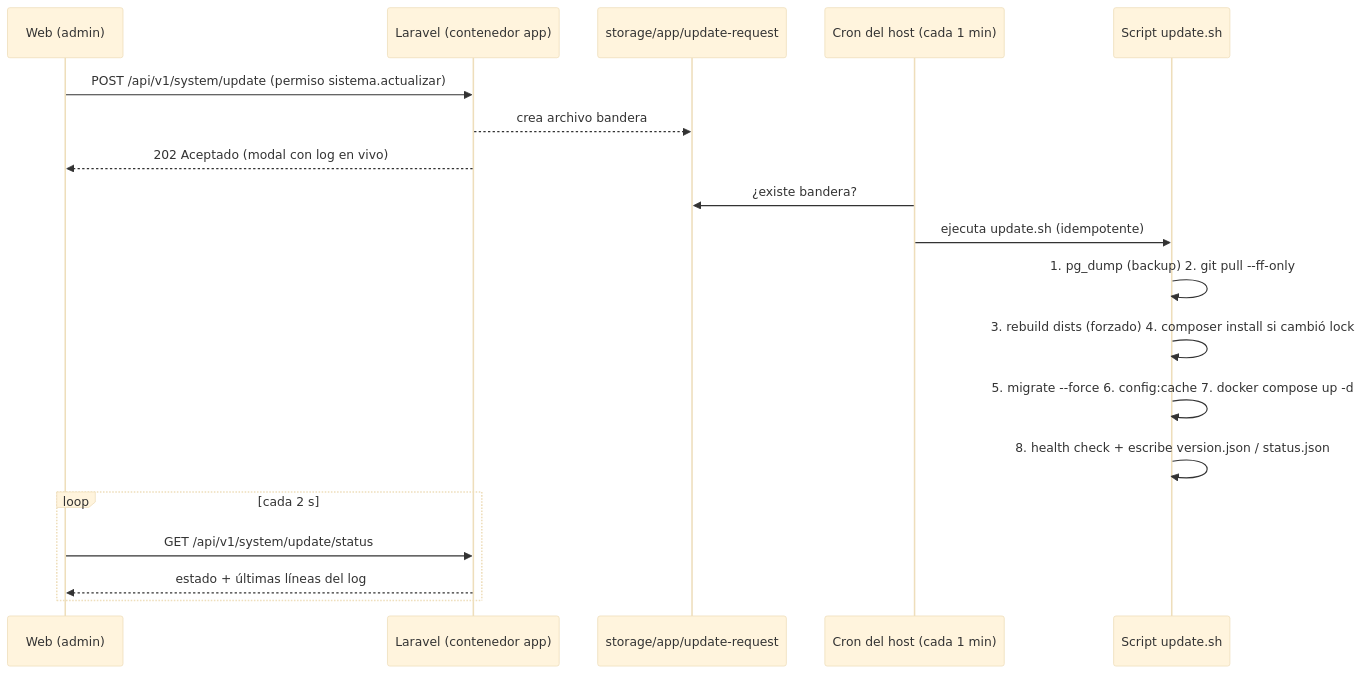
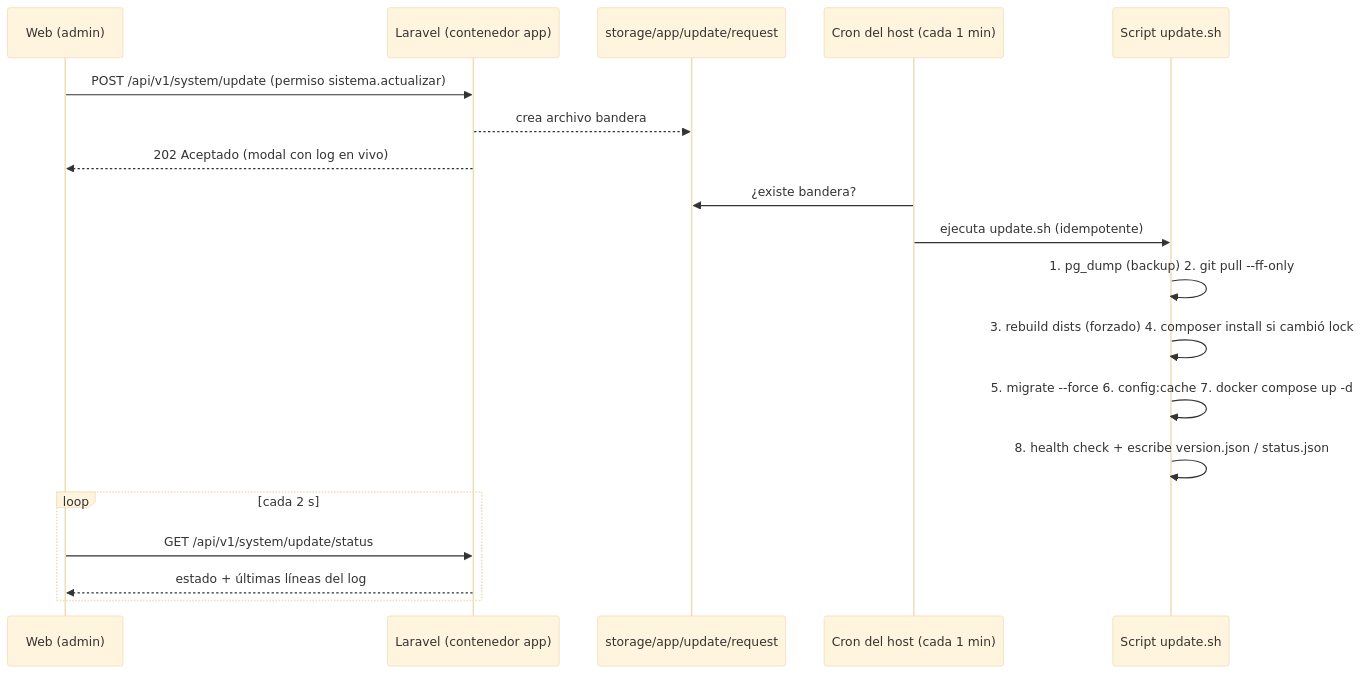
One commit to jcgabourelai-svg/redprint-app changed the diagram in ideas/despliegue-vps.md. Above: the diagram before and after it, drawn with Mermaid (base theme). The commit also changed other lines of this file and 6 other files, not shown here.

````diff
--- a/ideas/despliegue-vps.md
+++ b/ideas/despliegue-vps.md
@@ -84,22 +90,22 @@
 ```mermaid
 sequenceDiagram
     participant UI as Web (admin)
     participant API as Laravel (contenedor app)
-    participant Flag as storage/app/update-request
+    participant Flag as storage/app/update/request
     participant Cron as Cron del host (cada 1 min)
     participant S as Script update.sh
 
     UI->>API: POST /api/v1/system/update (permiso sistema.actualizar)
     API-->>Flag: crea archivo bandera
     API-->>UI: 202 Aceptado (modal con log en vivo)
     Cron->>Flag: ¿existe bandera?
     Cron->>S: ejecuta update.sh (idempotente)
     S->>S: 1. pg_dump (backup) 2. git pull --ff-only
     S->>S: 3. rebuild dists (forzado) 4. composer install si cambió lock
     S->>S: 5. migrate --force 6. config:cache 7. docker compose up -d
     S->>S: 8. health check + escribe version.json / status.json
     loop cada 2 s
         UI->>API: GET /api/v1/system/update/status
         API-->>UI: estado + últimas líneas del log
     end
 ```
````
